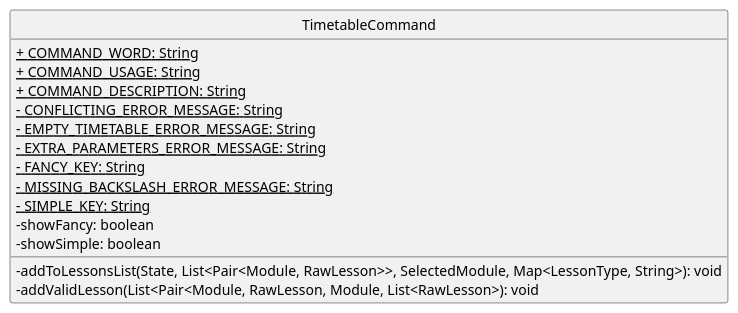
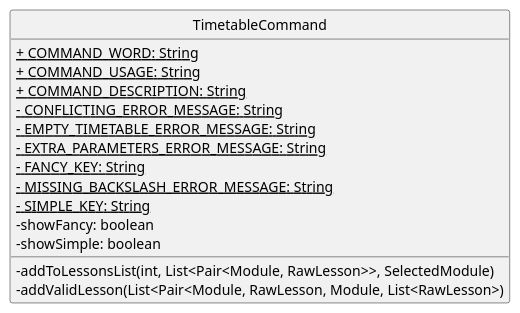
One commit to AY2223S1-CS2113-F11-3/tp changed the diagram in docs/UMLdiagrams/TimetableCommandClass.puml. Above: the diagram before and after it, drawn with PlantUML. The commit also changed 1 other file, not shown here.

```diff
--- a/docs/UMLdiagrams/TimetableCommandClass.puml
+++ b/docs/UMLdiagrams/TimetableCommandClass.puml
@@ -1,22 +1,22 @@
 @startuml
 'https://plantuml.com/sequence-diagram
 hide circle
 skinparam classAttributeIconSize 0
 
 class TimetableCommand {
     <u>+ COMMAND_WORD: String
     <u>+ COMMAND_USAGE: String
     <u>+ COMMAND_DESCRIPTION: String
     <u>- CONFLICTING_ERROR_MESSAGE: String
     <u>- EMPTY_TIMETABLE_ERROR_MESSAGE: String
     <u>- EXTRA_PARAMETERS_ERROR_MESSAGE: String
     <u>- FANCY_KEY: String
     <u>- MISSING_BACKSLASH_ERROR_MESSAGE: String
     <u>- SIMPLE_KEY: String
     - showFancy: boolean
     - showSimple: boolean
 
-    - addToLessonsList(State, List<Pair<Module, RawLesson>>, SelectedModule, Map<LessonType, String>): void
-    - addValidLesson(List<Pair<Module, RawLesson, Module, List<RawLesson>): void
+    - addToLessonsList(int, List<Pair<Module, RawLesson>>, SelectedModule)
+    - addValidLesson(List<Pair<Module, RawLesson, Module, List<RawLesson>)
 }
 @enduml
```
